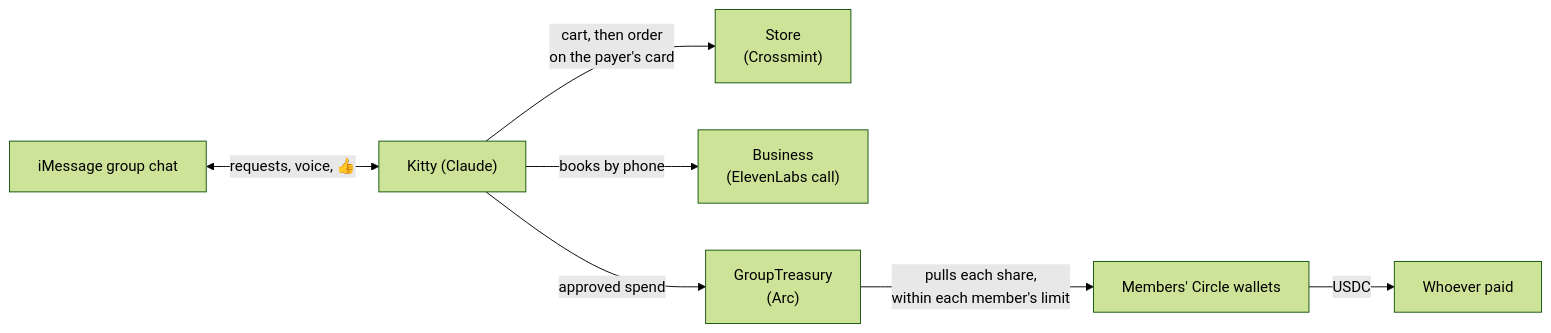
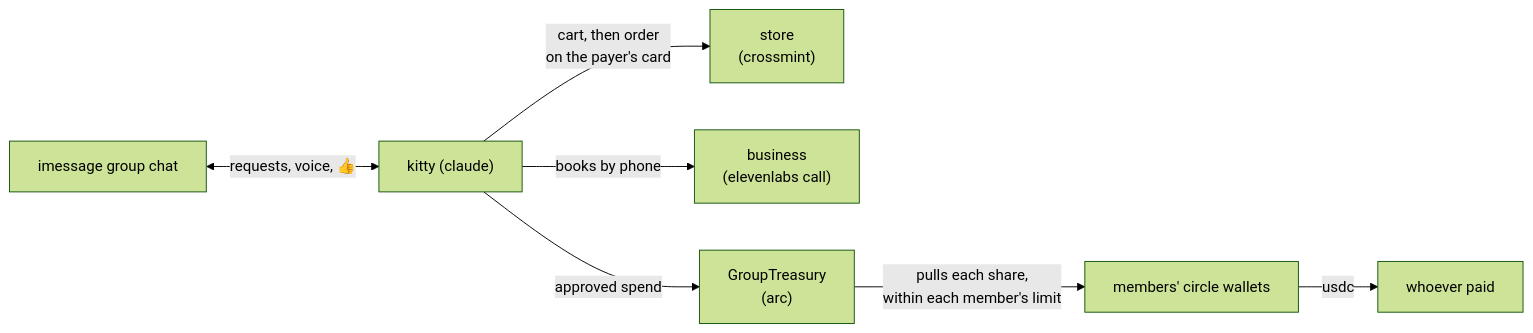
The first of 2 diagrams in README.md (siyasiyasiya/ubc2026), drawn with Mermaid (forest theme) before and after one commit. The commit also changed other lines of this file, not shown here.

````diff
--- a/README.md
+++ b/README.md
@@ -47,9 +47,9 @@
 ```mermaid
 flowchart LR
-    Chat["iMessage group chat"] <-->|requests, voice, 👍| Agent["Kitty (Claude)"]
-    Agent -->|cart, then order<br/>on the payer's card| Store["Store<br/>(Crossmint)"]
-    Agent -->|books by phone| Phone["Business<br/>(ElevenLabs call)"]
-    Agent -->|approved spend| Contract["GroupTreasury<br/>(Arc)"]
-    Contract -->|pulls each share,<br/>within each member's limit| Wallets["Members' Circle wallets"]
-    Wallets -->|USDC| Payer["Whoever paid"]
+    Chat["imessage group chat"] <-->|requests, voice, 👍| Agent["kitty (claude)"]
+    Agent -->|cart, then order<br/>on the payer's card| Store["store<br/>(crossmint)"]
+    Agent -->|books by phone| Phone["business<br/>(elevenlabs call)"]
+    Agent -->|approved spend| Contract["GroupTreasury<br/>(arc)"]
+    Contract -->|pulls each share,<br/>within each member's limit| Wallets["members' circle wallets"]
+    Wallets -->|usdc| Payer["whoever paid"]
 ```
````
